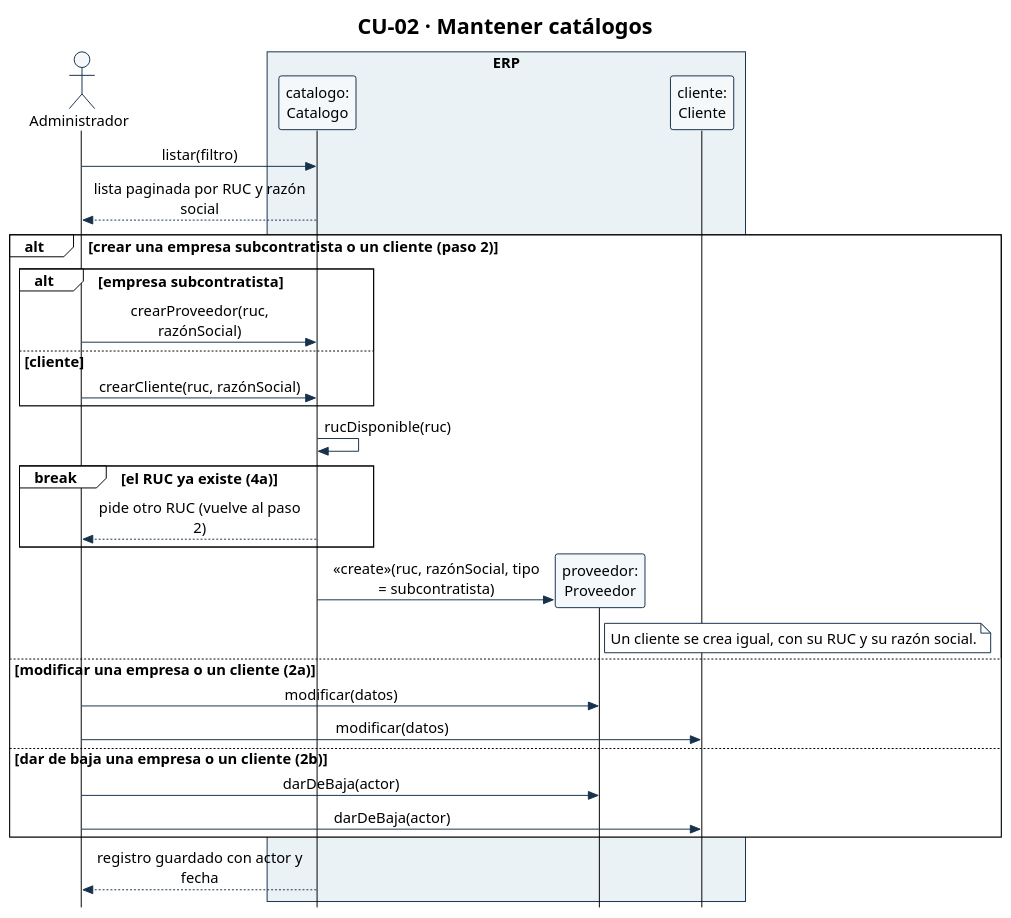
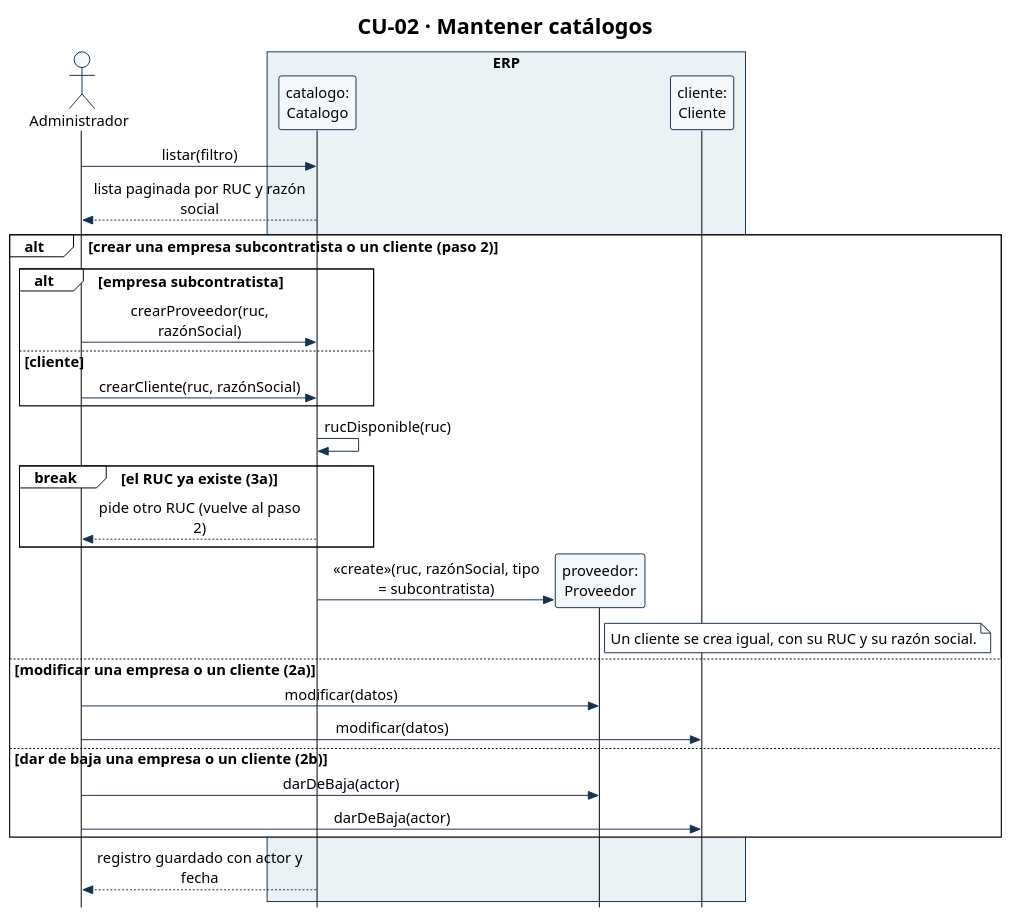
The diagram in diagramas/CU-02-secuencia.puml (Ssrrb/tpf-uca), drawn with PlantUML before and after one commit. The commit also changed 26 other files, not shown here.

```diff
--- a/diagramas/CU-02-secuencia.puml
+++ b/diagramas/CU-02-secuencia.puml
@@ -1,56 +1,56 @@
 @startuml
 !theme plain
 skinparam style strictuml
 skinparam shadowing false
 skinparam defaultFontName Arial
 skinparam defaultFontSize 15
 skinparam sequenceMessageAlign center
 skinparam maxMessageSize 220
 skinparam ParticipantPadding 8
 skinparam BoxPadding 6
 skinparam ParticipantBackgroundColor #F5F8FA
 skinparam ParticipantBorderColor #17324D
 skinparam ActorBorderColor #17324D
 skinparam ActorBackgroundColor #F5F8FA
 skinparam ArrowColor #17324D
 skinparam SequenceBoxBorderColor #17324D
 skinparam note {
   BackgroundColor #FFFFFF
   BorderColor #17324D
 }
 hide footbox
 title CU-02 · Mantener catálogos
 actor "Administrador" as Admin
 box "ERP" #EAF2F6
 participant "catalogo:\nCatalogo" as Cat
 participant "proveedor:\nProveedor" as Prov
 participant "cliente:\nCliente" as Cli
 end box
 
 Admin -> Cat: listar(filtro)
 Cat --> Admin: lista paginada por RUC y razón social
 
 alt crear una empresa subcontratista o un cliente (paso 2)
   alt empresa subcontratista
     Admin -> Cat: crearProveedor(ruc, razónSocial)
   else cliente
     Admin -> Cat: crearCliente(ruc, razónSocial)
   end
   Cat -> Cat: rucDisponible(ruc)
-  break el RUC ya existe (4a)
+  break el RUC ya existe (3a)
     Cat --> Admin: pide otro RUC (vuelve al paso 2)
   end
   create Prov
   Cat -> Prov: «create»(ruc, razónSocial, tipo = subcontratista)
   note right of Prov
     Un cliente se crea igual, con su RUC y su razón social.
   end note
 else modificar una empresa o un cliente (2a)
   Admin -> Prov: modificar(datos)
   Admin -> Cli: modificar(datos)
 else dar de baja una empresa o un cliente (2b)
   Admin -> Prov: darDeBaja(actor)
   Admin -> Cli: darDeBaja(actor)
 end
 Cat --> Admin: registro guardado con actor y fecha
 @enduml
```
